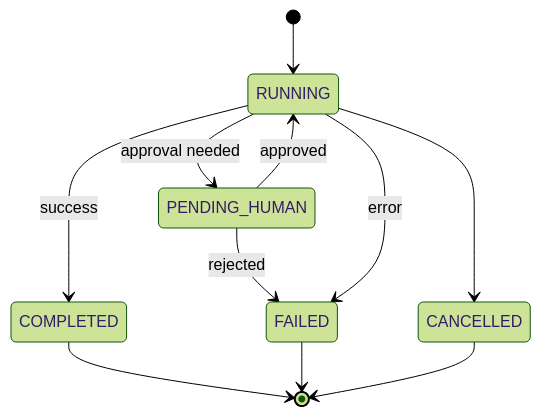
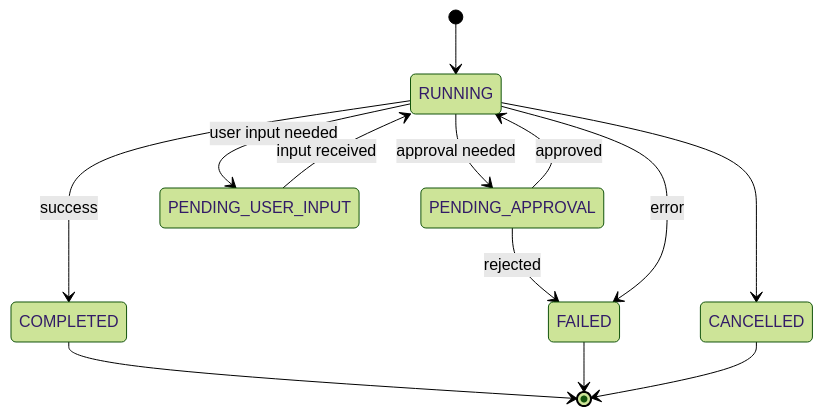
One commit to chethanp11/master changed the tenth of 10 diagrams in docs/core_architecture.md. Above: the diagram before and after it, drawn with Mermaid (forest theme). The commit also changed other lines of this file and 6 other files, not shown here.

````diff
--- a/docs/core_architecture.md
+++ b/docs/core_architecture.md
@@ -426,13 +429,15 @@
 ```mermaid
 stateDiagram-v2
   [*] --> RUNNING
-  RUNNING --> PENDING_HUMAN: approval needed
-  PENDING_HUMAN --> RUNNING: approved
-  PENDING_HUMAN --> FAILED: rejected
+  RUNNING --> PENDING_APPROVAL: approval needed
+  RUNNING --> PENDING_USER_INPUT: user input needed
+  PENDING_APPROVAL --> RUNNING: approved
+  PENDING_APPROVAL --> FAILED: rejected
+  PENDING_USER_INPUT --> RUNNING: input received
   RUNNING --> COMPLETED: success
   RUNNING --> FAILED: error
   RUNNING --> CANCELLED
   COMPLETED --> [*]
   FAILED --> [*]
   CANCELLED --> [*]
 ```
````
